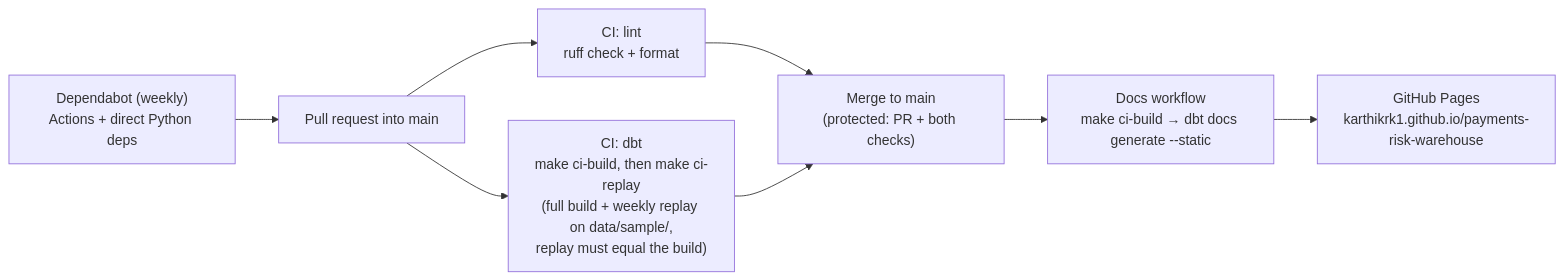
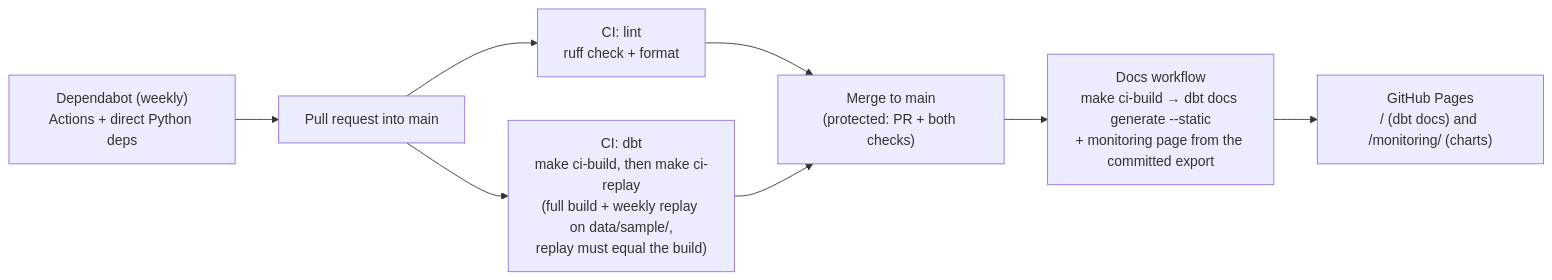
The fifth of 5 diagrams in docs/architecture.md (karthikrk1/payments-risk-warehouse), drawn with Mermaid before and after one commit. The commit also changed other lines of this file and 10 other files, not shown here.

First line of the commit message:
feat(monitoring): chart page on GitHub Pages (#19)

````diff
--- a/docs/architecture.md
+++ b/docs/architecture.md
@@ -142,17 +142,17 @@
 ```mermaid
 flowchart LR
     pr["Pull request into main"]
     lint["CI: lint<br/>ruff check + format"]
     cibuild["CI: dbt<br/>make ci-build, then make ci-replay<br/>(full build + weekly replay on data/sample/,<br/>replay must equal the build)"]
     merge["Merge to main<br/>(protected: PR + both checks)"]
-    docs["Docs workflow<br/>make ci-build → dbt docs generate --static"]
-    pages["GitHub Pages<br/>karthikrk1.github.io/payments-risk-warehouse"]
+    docs["Docs workflow<br/>make ci-build → dbt docs generate --static<br/>+ monitoring page from the committed export"]
+    pages["GitHub Pages<br/>/ (dbt docs) and /monitoring/ (charts)"]
     dependabot["Dependabot (weekly)<br/>Actions + direct Python deps"]
 
     pr --> lint
     pr --> cibuild
     lint --> merge
     cibuild --> merge
     merge --> docs --> pages
     dependabot --> pr
 ```
````
